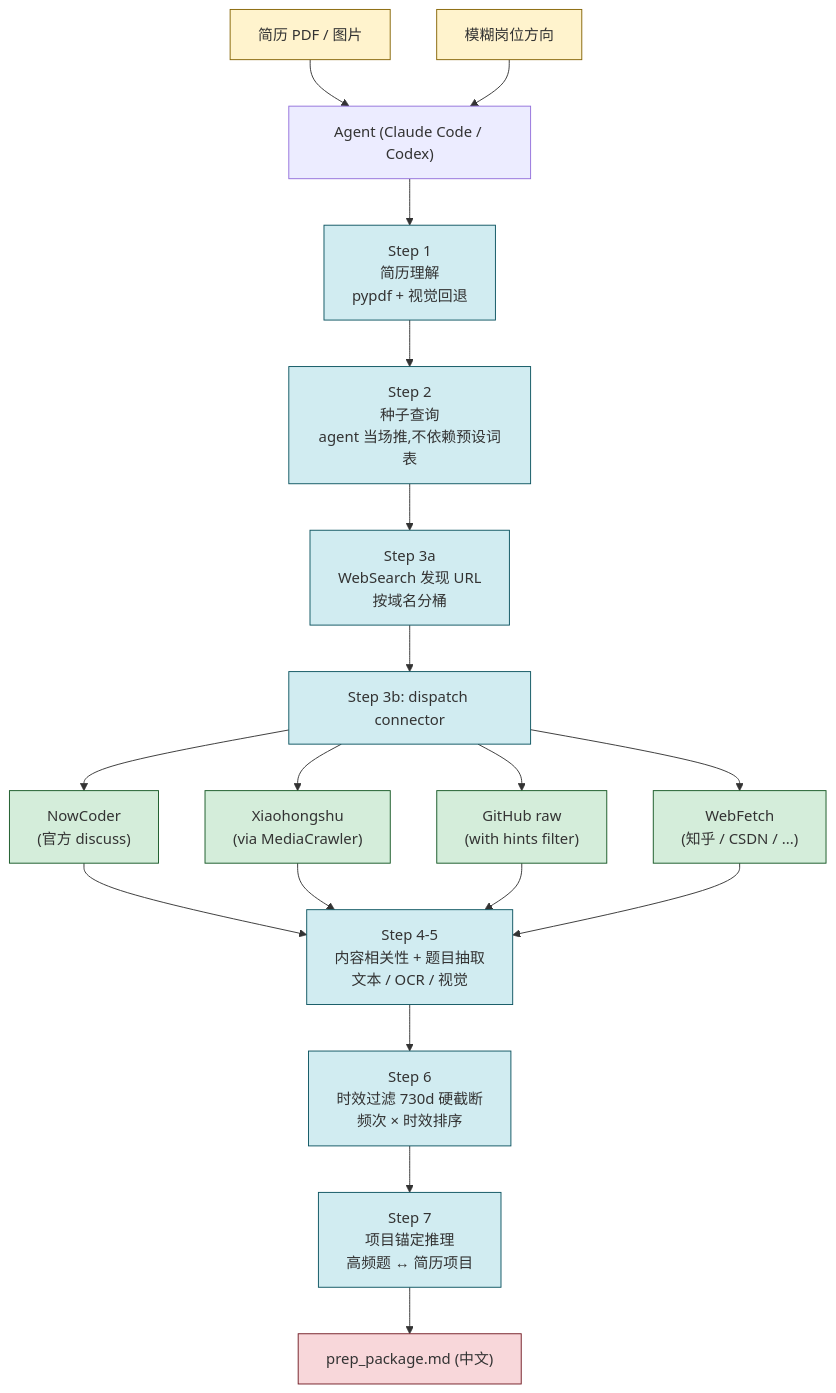
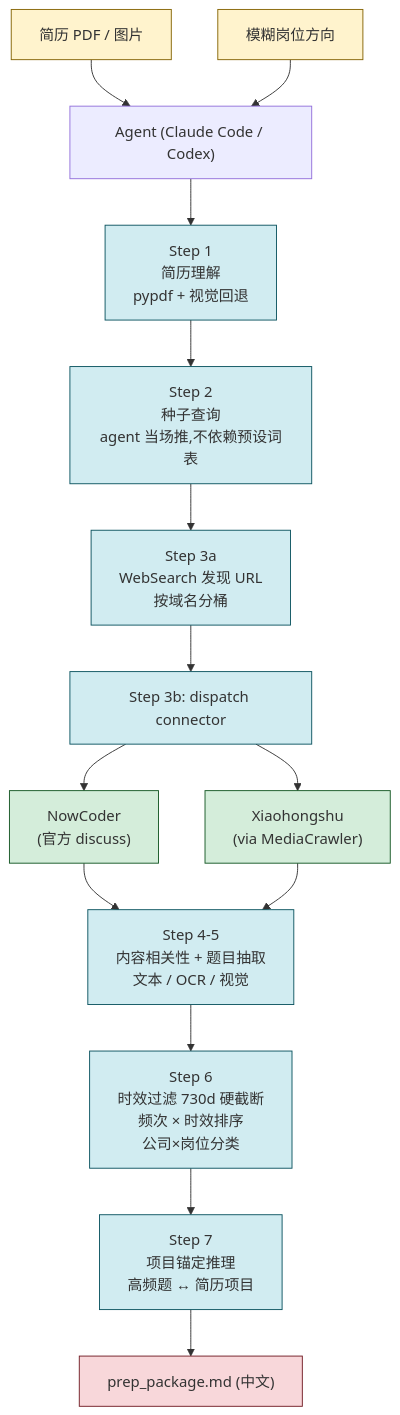
Before and after one commit to Nikka-ops/-: the diagram in README.md, drawn with Mermaid. The commit also changed other lines of this file and 169 other files, not shown here.

````diff
--- a/README.md
+++ b/README.md
@@ -180,29 +236,25 @@
 ```mermaid
 flowchart TD
     R["简历 PDF / 图片"] --> A
     D["模糊岗位方向"] --> A
     A["Agent (Claude Code / Codex)"] --> S1["Step 1<br/>简历理解<br/>pypdf + 视觉回退"]
     S1 --> S2["Step 2<br/>种子查询<br/>agent 当场推,不依赖预设词表"]
     S2 --> S3a["Step 3a<br/>WebSearch 发现 URL<br/>按域名分桶"]
     S3a --> S3b["Step 3b: dispatch connector"]
     S3b --> C1["NowCoder<br/>(官方 discuss)"]
     S3b --> C2["Xiaohongshu<br/>(via MediaCrawler)"]
-    S3b --> C3["GitHub raw<br/>(with hints filter)"]
-    S3b --> C4["WebFetch<br/>(知乎 / CSDN / ...)"]
     C1 --> S45["Step 4-5<br/>内容相关性 + 题目抽取<br/>文本 / OCR / 视觉"]
     C2 --> S45
-    C3 --> S45
-    C4 --> S45
-    S45 --> S6["Step 6<br/>时效过滤 730d 硬截断<br/>频次 × 时效排序"]
+    S45 --> S6["Step 6<br/>时效过滤 730d 硬截断<br/>频次 × 时效排序<br/>公司×岗位分类"]
     S6 --> S7["Step 7<br/>项目锚定推理<br/>高频题 ↔ 简历项目"]
     S7 --> OUT["prep_package.md (中文)"]
 
     classDef in fill:#fff3cd,stroke:#856404
     classDef stage fill:#d1ecf1,stroke:#0c5460
     classDef src fill:#d4edda,stroke:#155724
     classDef out fill:#f8d7da,stroke:#721c24
     class R,D in
     class S1,S2,S3a,S3b,S45,S6,S7 stage
-    class C1,C2,C3,C4 src
+    class C1,C2 src
     class OUT out
 ```
````
